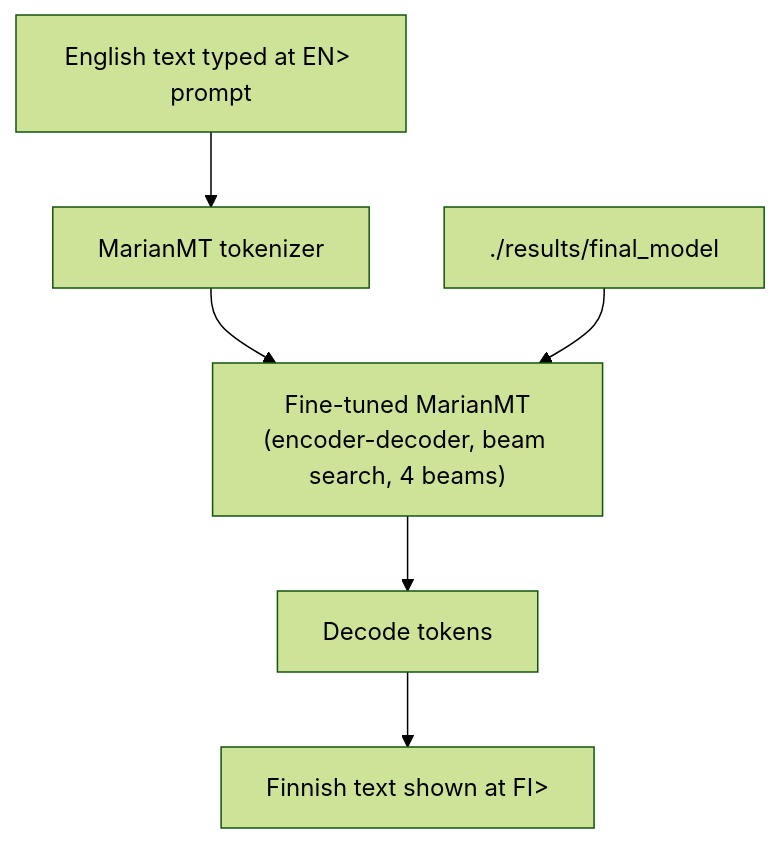
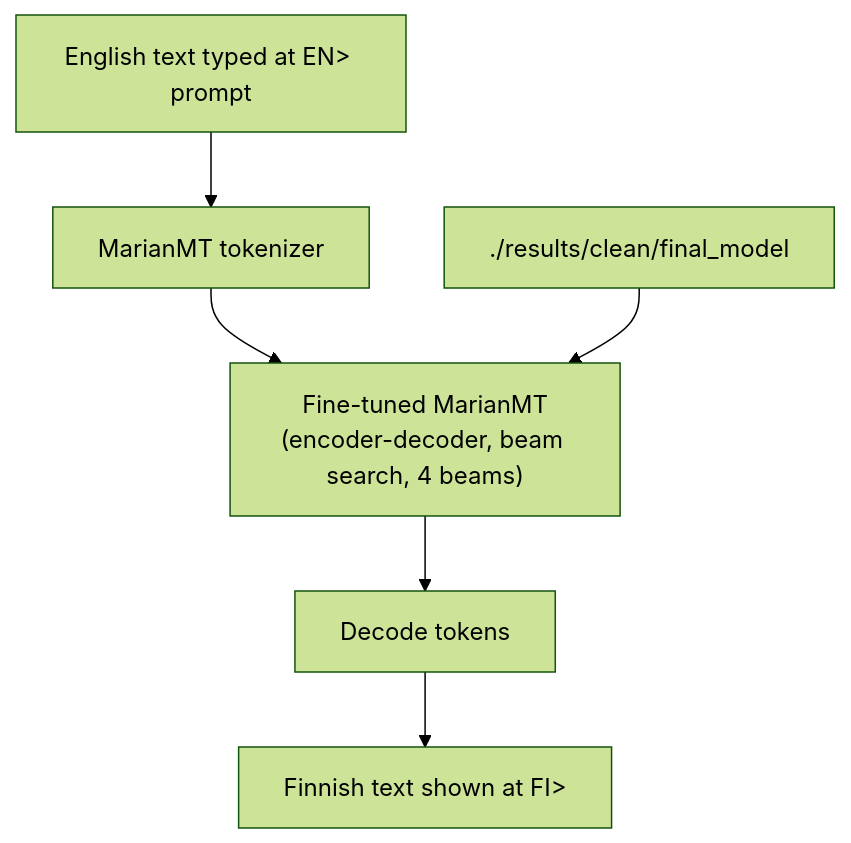
Before and after one commit to DirkMueller8/language-translation: the second of 3 diagrams in README.md, drawn with Mermaid (forest theme). The commit also changed other lines of this file and 5 other files, not shown here.

````diff
--- a/README.md
+++ b/README.md
@@ -33,8 +33,8 @@
 ```mermaid
 flowchart TD
     U["English text typed at EN> prompt"] --> T["MarianMT tokenizer"]
     T --> G["Fine-tuned MarianMT<br/>(encoder-decoder, beam search, 4 beams)"]
-    I["./results/final_model"] --> G
+    I["./results/clean/final_model"] --> G
     G --> D["Decode tokens"]
     D --> O["Finnish text shown at FI>"]
 ```
````
